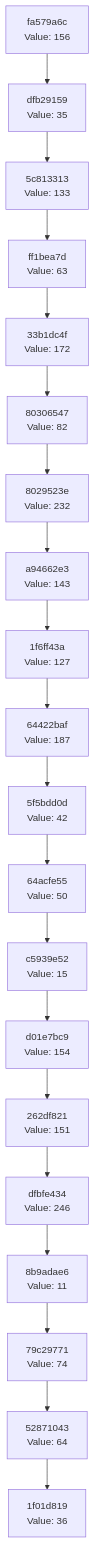
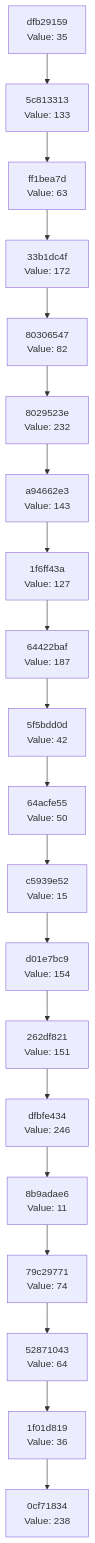
The diagram in docs/CHAIN_VISUALIZATION.md (Abhisheksinha1506/hash-chain-evolver), drawn with Mermaid before and after one commit. The commit also changed 3 other files, not shown here.

````diff
--- a/docs/CHAIN_VISUALIZATION.md
+++ b/docs/CHAIN_VISUALIZATION.md
@@ -3,42 +3,42 @@
 ```mermaid
 graph TD
-    C0["1f01d819<br/>Value: 36"]
-    C1["52871043<br/>Value: 64"]
+    C0["0cf71834<br/>Value: 238"]
+    C1["1f01d819<br/>Value: 36"]
     C1 --> C0
-    C2["79c29771<br/>Value: 74"]
+    C2["52871043<br/>Value: 64"]
     C2 --> C1
-    C3["8b9adae6<br/>Value: 11"]
+    C3["79c29771<br/>Value: 74"]
     C3 --> C2
-    C4["dfbfe434<br/>Value: 246"]
+    C4["8b9adae6<br/>Value: 11"]
     C4 --> C3
-    C5["262df821<br/>Value: 151"]
+    C5["dfbfe434<br/>Value: 246"]
     C5 --> C4
-    C6["d01e7bc9<br/>Value: 154"]
+    C6["262df821<br/>Value: 151"]
     C6 --> C5
-    C7["c5939e52<br/>Value: 15"]
+    C7["d01e7bc9<br/>Value: 154"]
     C7 --> C6
-    C8["64acfe55<br/>Value: 50"]
+    C8["c5939e52<br/>Value: 15"]
     C8 --> C7
-    C9["5f5bdd0d<br/>Value: 42"]
+    C9["64acfe55<br/>Value: 50"]
     C9 --> C8
-    C10["64422baf<br/>Value: 187"]
+    C10["5f5bdd0d<br/>Value: 42"]
     C10 --> C9
-    C11["1f6ff43a<br/>Value: 127"]
+    C11["64422baf<br/>Value: 187"]
     C11 --> C10
-    C12["a94662e3<br/>Value: 143"]
+    C12["1f6ff43a<br/>Value: 127"]
     C12 --> C11
-    C13["8029523e<br/>Value: 232"]
+    C13["a94662e3<br/>Value: 143"]
     C13 --> C12
-    C14["80306547<br/>Value: 82"]
+    C14["8029523e<br/>Value: 232"]
     C14 --> C13
-    C15["33b1dc4f<br/>Value: 172"]
+    C15["80306547<br/>Value: 82"]
     C15 --> C14
-    C16["ff1bea7d<br/>Value: 63"]
+    C16["33b1dc4f<br/>Value: 172"]
     C16 --> C15
-    C17["5c813313<br/>Value: 133"]
+    C17["ff1bea7d<br/>Value: 63"]
     C17 --> C16
-    C18["dfb29159<br/>Value: 35"]
+    C18["5c813313<br/>Value: 133"]
     C18 --> C17
-    C19["fa579a6c<br/>Value: 156"]
+    C19["dfb29159<br/>Value: 35"]
     C19 --> C18
 ```
````
